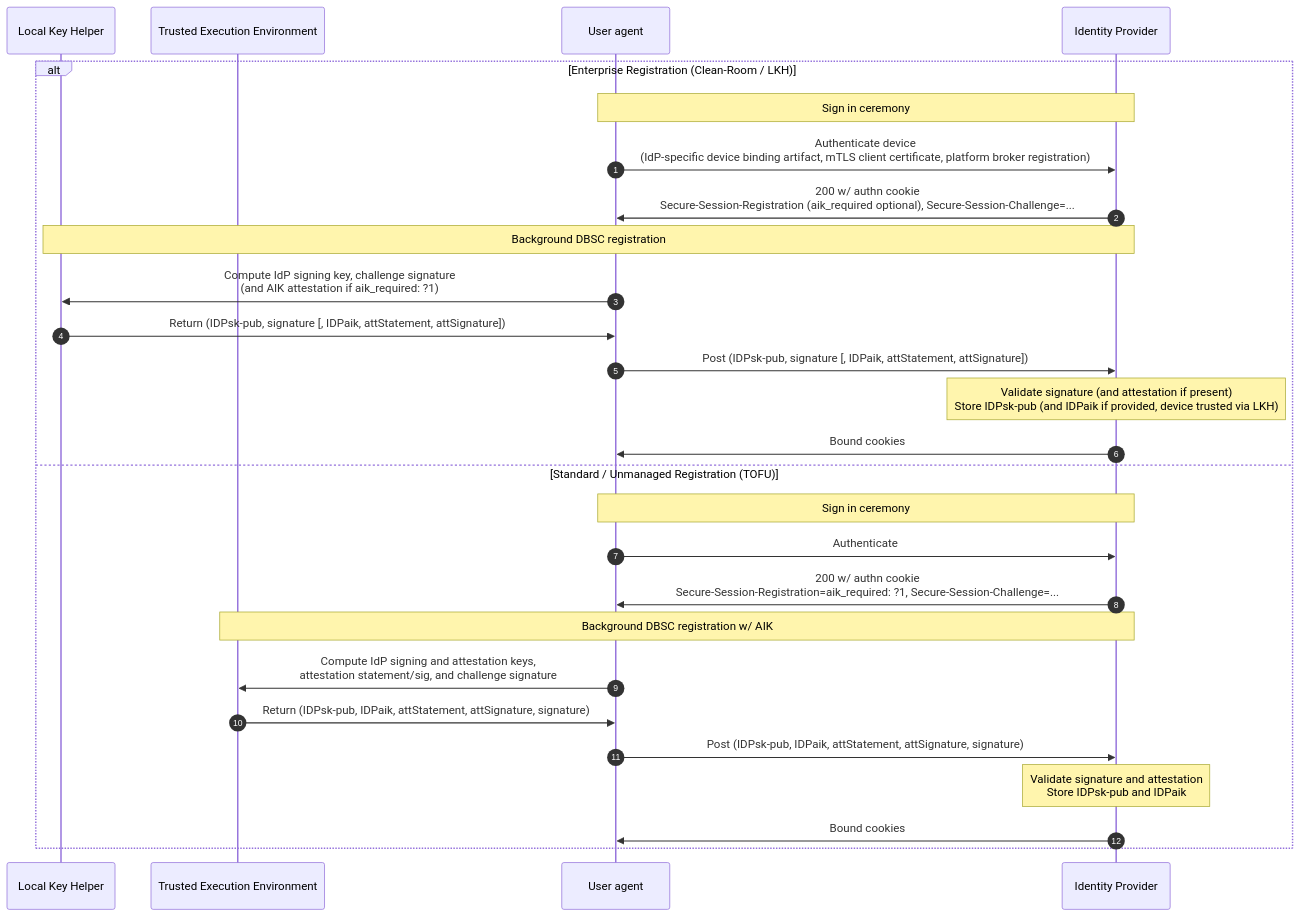
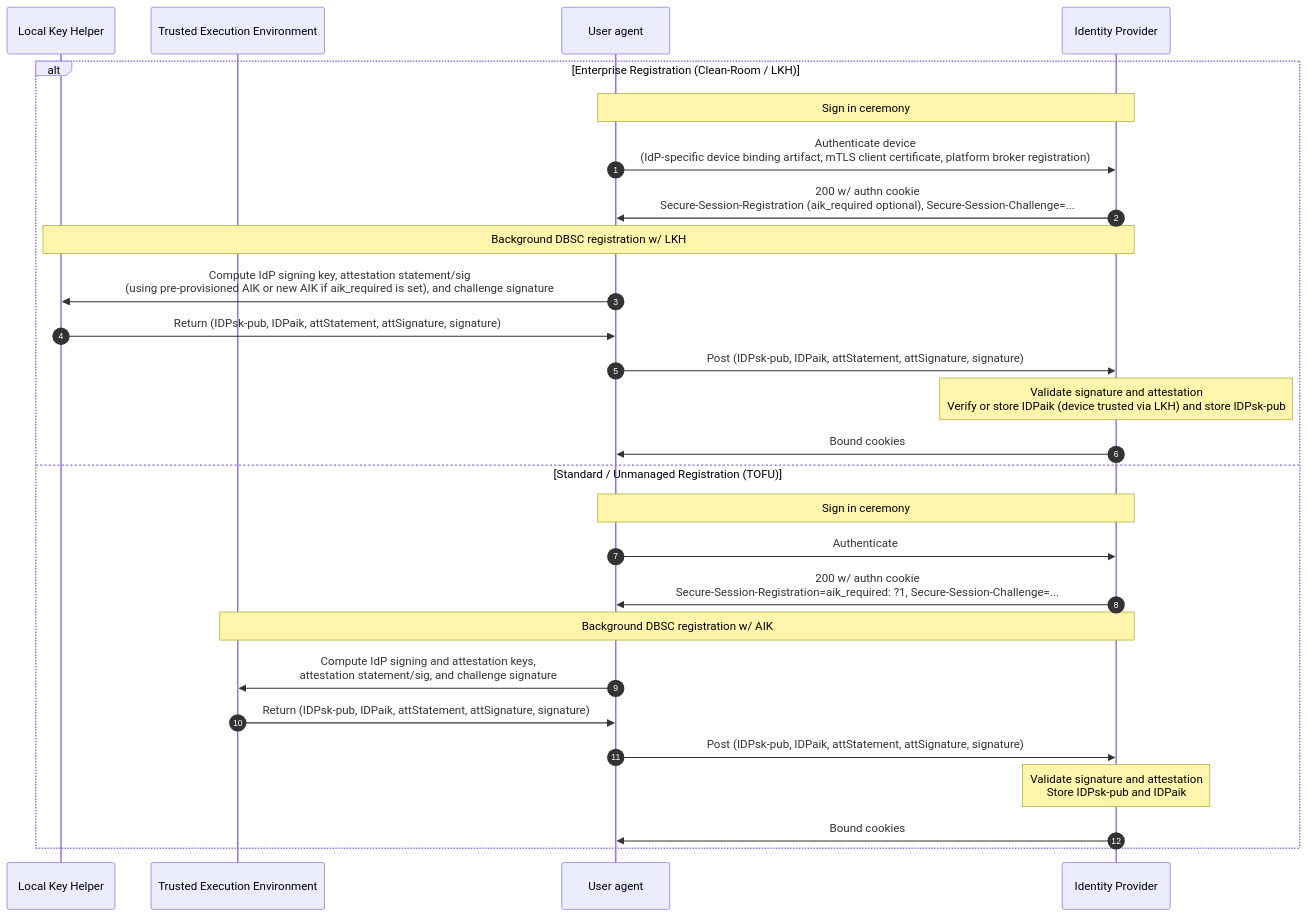
Before and after one commit to lucasrsant/dbsc-sso: the third of 4 diagrams in README.md, drawn with Mermaid. The commit also changed other lines of this file, not shown here.

````diff
--- a/README.md
+++ b/README.md
@@ -242,31 +242,31 @@
 ```mermaid
 sequenceDiagram
 	autonumber
 	
 	participant l as Local Key Helper
 	participant t as Trusted Execution Environment
 	participant u as User agent
 	participant i as Identity Provider
 	
 	alt Enterprise Registration (Clean-Room / LKH)
 		note over u, i: Sign in ceremony
 		u->>i: Authenticate device<br>(IdP-specific device binding artifact, mTLS client certificate, platform broker registration)
 		i->>u: 200 w/ authn cookie<br>Secure-Session-Registration (aik_required optional), Secure-Session-Challenge=...
-		note over i, l: Background DBSC registration
-		u->>l: Compute IdP signing key, challenge signature<br>(and AIK attestation if aik_required: ?1)
-		l->>u: Return (IDPsk-pub, signature [, IDPaik, attStatement, attSignature])
-		u->>i: Post (IDPsk-pub, signature [, IDPaik, attStatement, attSignature])
-		note over i: Validate signature (and attestation if present)<br>Store IDPsk-pub (and IDPaik if provided, device trusted via LKH)
+		note over i, l: Background DBSC registration w/ LKH
+		u->>l: Compute IdP signing key, attestation statement/sig<br>(using pre-provisioned AIK or new AIK if aik_required is set), and challenge signature
+		l->>u: Return (IDPsk-pub, IDPaik, attStatement, attSignature, signature)
+		u->>i: Post (IDPsk-pub, IDPaik, attStatement, attSignature, signature)
+		note over i: Validate signature and attestation<br>Verify or store IDPaik (device trusted via LKH) and store IDPsk-pub
 		i->>u: Bound cookies
 	else Standard / Unmanaged Registration (TOFU)
 		note over u, i: Sign in ceremony
 		u->>i: Authenticate
 		i->>u: 200 w/ authn cookie<br>Secure-Session-Registration=aik_required: ?1, Secure-Session-Challenge=...
 		note over i, t: Background DBSC registration w/ AIK
 		u->>t: Compute IdP signing and attestation keys,<br>attestation statement/sig, and challenge signature
 		t->>u: Return (IDPsk-pub, IDPaik, attStatement, attSignature, signature)
 		u->>i: Post (IDPsk-pub, IDPaik, attStatement, attSignature, signature)
 		note over i: Validate signature and attestation<br>Store IDPsk-pub and IDPaik
 		i->>u: Bound cookies
 	end
 ```
````
